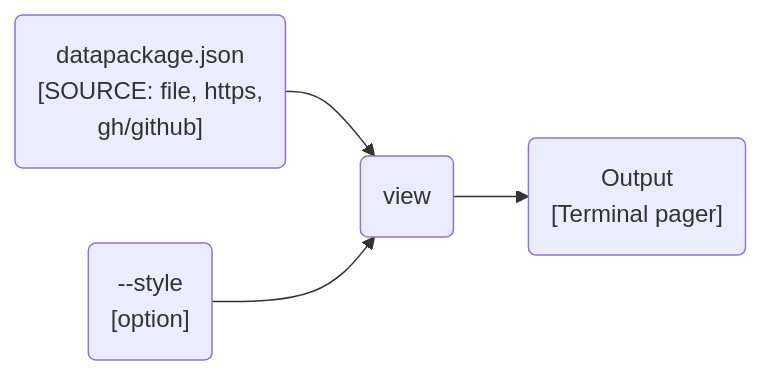
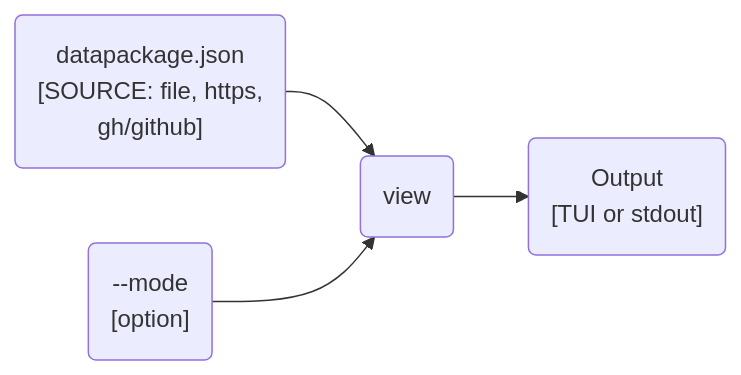
The second of 2 diagrams in docs/design/interface/cli.qmd (seedcase-project/seedcase-flower), drawn with Mermaid before and after one commit. The commit also changed other lines of this file and 7 other files, not shown here.

````diff
--- a/docs/design/interface/cli.qmd
+++ b/docs/design/interface/cli.qmd
@@ -196,13 +196,13 @@
 ```{mermaid}
 %%| label: fig-cli-view-flow
 %%| fig-cap: "The flow of input and output through the CLI `view` command."
 flowchart LR
     source("datapackage.json<br>[SOURCE: file, https,<br>gh/github]")
     view("view")
-    style_opt("--style<br>[option]")
-    output("Output<br>[Terminal pager]")
+    mode_opt("--mode<br>[option]")
+    output("Output<br>[TUI or stdout]")
 
     source --> view
-    style_opt --> view
+    mode_opt --> view
     view --> output
 ```
````
